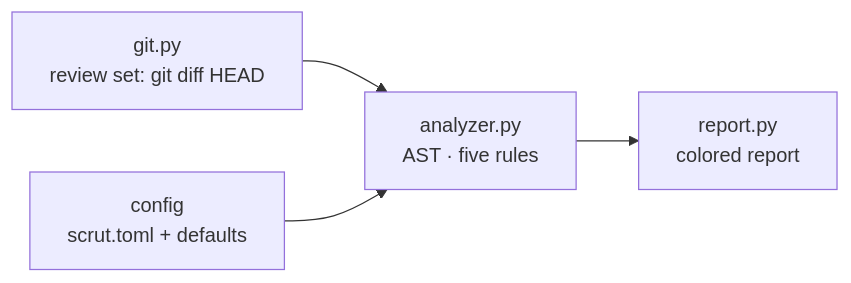
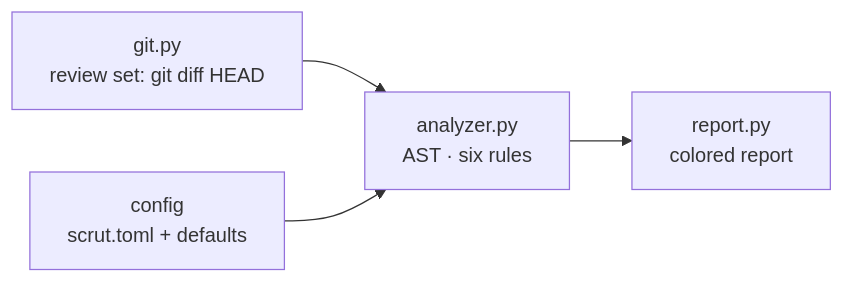
One commit to mukundzha/avouch changed the diagram in README.md. Above: the diagram before and after it, drawn with Mermaid. The commit also changed other lines of this file and 6 other files, not shown here.

````diff
--- a/README.md
+++ b/README.md
@@ -226,6 +239,6 @@
 ```mermaid
 flowchart LR
-    G[git.py<br/>review set: git diff HEAD] --> A[analyzer.py<br/>AST · five rules]
+    G[git.py<br/>review set: git diff HEAD] --> A[analyzer.py<br/>AST · six rules]
     C[config<br/>scrut.toml + defaults] --> A
     A --> R[report.py<br/>colored report]
 ```
````
